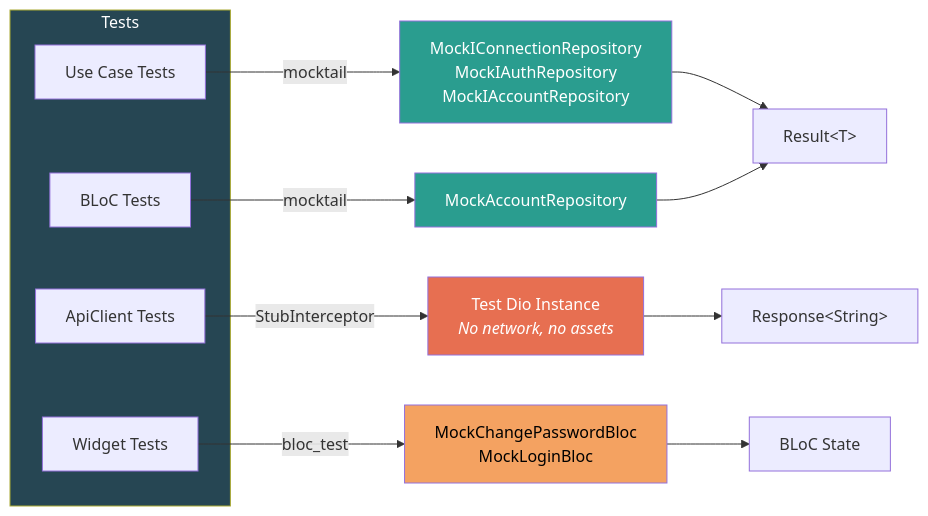
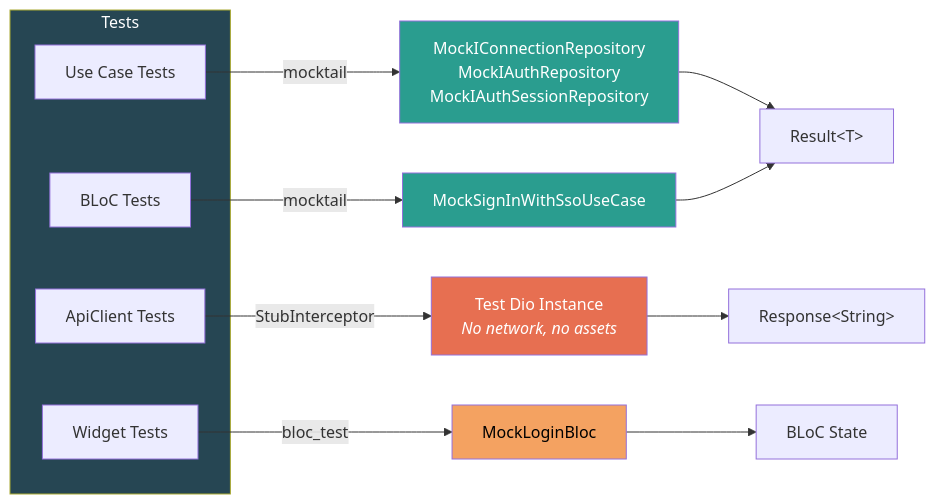
Before and after one commit to libredb/libredb-mobile: the second of 2 diagrams in docs/mock-architecture.md, drawn with Mermaid. The commit also changed other lines of this file and 186 other files, not shown here.

````diff
--- a/docs/mock-architecture.md
+++ b/docs/mock-architecture.md
@@ -87,25 +87,25 @@
 ```mermaid
 flowchart LR
     subgraph Tests
         UC_TEST["Use Case Tests"]
         BLOC_TEST["BLoC Tests"]
         API_TEST["ApiClient Tests"]
         WIDGET_TEST["Widget Tests"]
     end
 
-    UC_TEST -- "mocktail" --> MOCK_REPO["MockIConnectionRepository<br/>MockIAuthRepository<br/>MockIAccountRepository"]
-    BLOC_TEST -- "mocktail" --> MOCK_REPO_C["MockAccountRepository"]
+    UC_TEST -- "mocktail" --> MOCK_REPO["MockIConnectionRepository<br/>MockIAuthRepository<br/>MockIAuthSessionRepository"]
+    BLOC_TEST -- "mocktail" --> MOCK_REPO_C["MockSignInWithSsoUseCase"]
     API_TEST -- "StubInterceptor" --> STUB_DIO["Test Dio Instance<br/><i>No network, no assets</i>"]
-    WIDGET_TEST -- "bloc_test" --> MOCK_BLOC["MockChangePasswordBloc<br/>MockLoginBloc"]
+    WIDGET_TEST -- "bloc_test" --> MOCK_BLOC["MockLoginBloc"]
 
     MOCK_REPO --> RESULT_T["Result&lt;T&gt;"]
     MOCK_REPO_C --> RESULT_T
     STUB_DIO --> RESPONSE_T["Response&lt;String&gt;"]
     MOCK_BLOC --> STATE_T["BLoC State"]
 
     style Tests fill:#264653,color:#fff
     style MOCK_REPO fill:#2a9d8f,color:#fff
     style MOCK_REPO_C fill:#2a9d8f,color:#fff
     style STUB_DIO fill:#e76f51,color:#fff
     style MOCK_BLOC fill:#f4a261,color:#000
 ```
````
